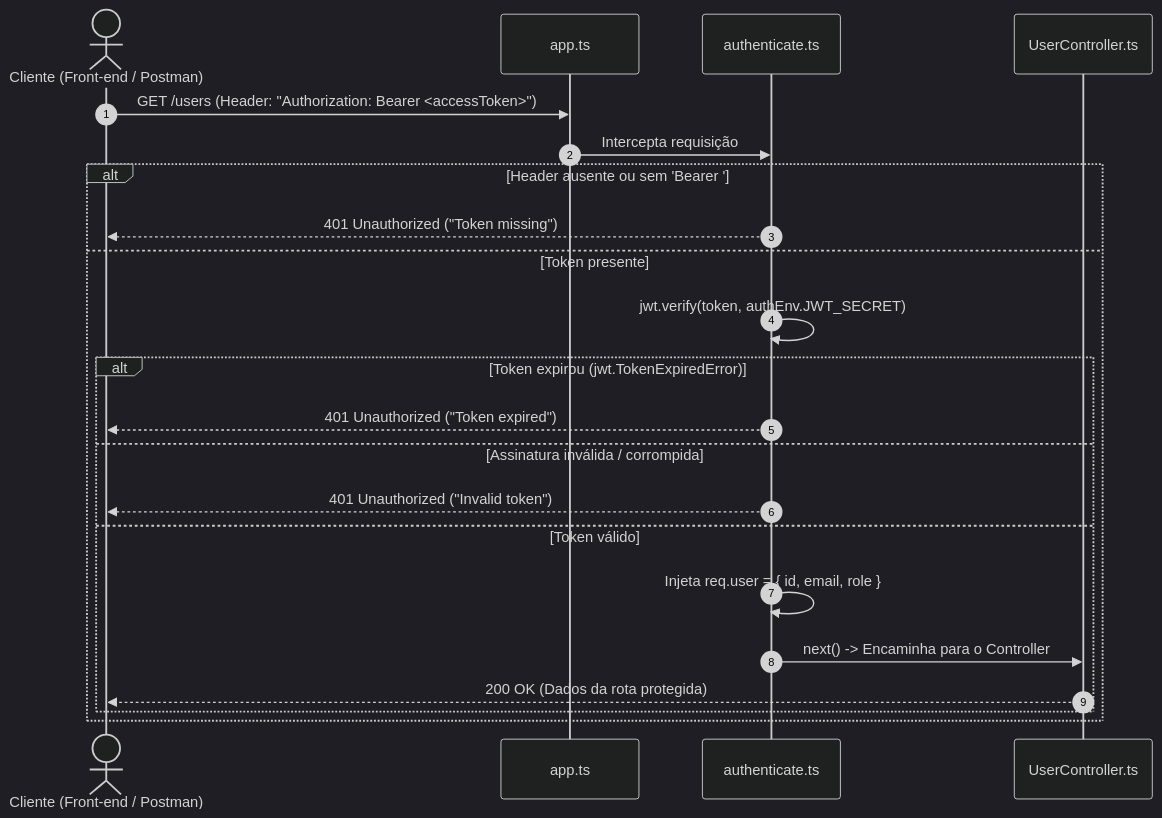
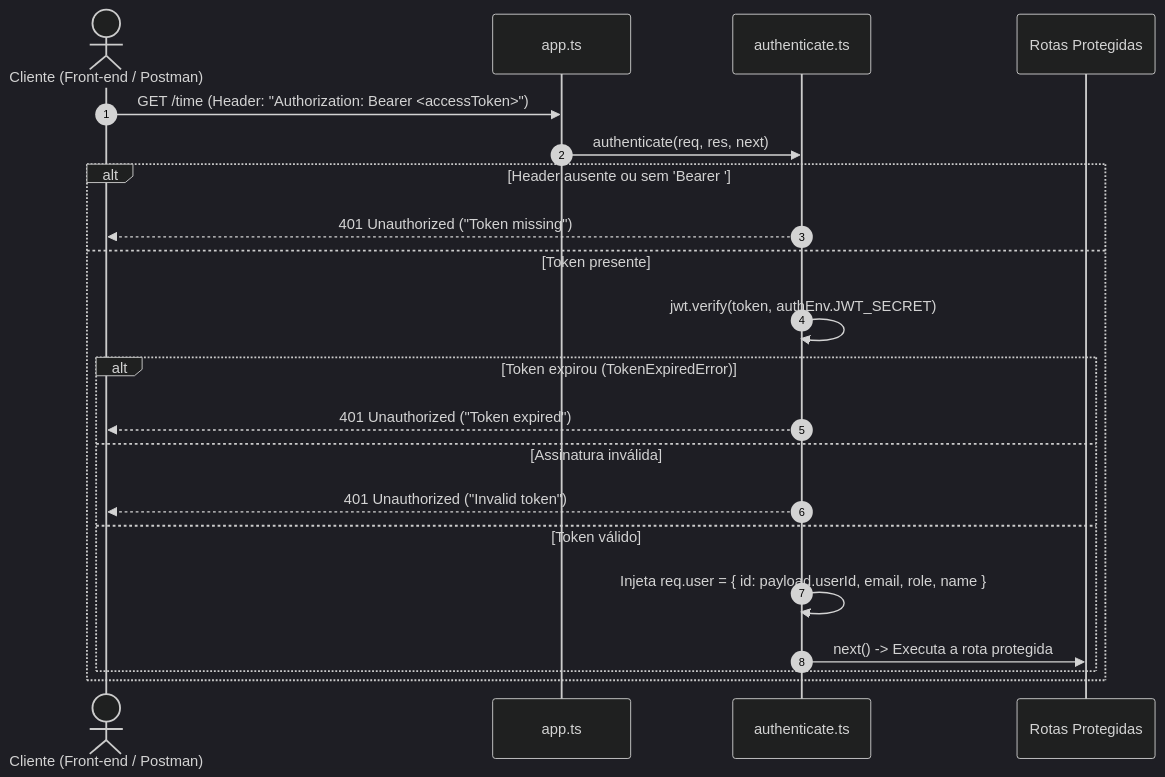
Before and after one commit to RafaelBarale/controle-horas-backend-ts: the second of 4 diagrams in docs/fluxo_autenticacao.md, drawn with Mermaid (dark theme). The commit also changed other lines of this file and 9 other files, not shown here.

````diff
--- a/docs/fluxo_autenticacao.md
+++ b/docs/fluxo_autenticacao.md
@@ -81,26 +84,25 @@
 ```mermaid
 sequenceDiagram
     autonumber
     actor Cliente as Cliente (Front-end / Postman)
     participant App as app.ts
     participant AuthMW as authenticate.ts
-    participant Controller as UserController.ts
+    participant Route as Rotas Protegidas
 
-    Cliente->>App: GET /users (Header: "Authorization: Bearer <accessToken>")
-    App->>AuthMW: Intercepta requisição
+    Cliente->>App: GET /time (Header: "Authorization: Bearer <accessToken>")
+    App->>AuthMW: authenticate(req, res, next)
 
     alt Header ausente ou sem 'Bearer '
         AuthMW-->>Cliente: 401 Unauthorized ("Token missing")
     else Token presente
         AuthMW->>AuthMW: jwt.verify(token, authEnv.JWT_SECRET)
-        alt Token expirou (jwt.TokenExpiredError)
+        alt Token expirou (TokenExpiredError)
             AuthMW-->>Cliente: 401 Unauthorized ("Token expired")
-        else Assinatura inválida / corrompida
+        else Assinatura inválida
             AuthMW-->>Cliente: 401 Unauthorized ("Invalid token")
         else Token válido
-            AuthMW->>AuthMW: Injeta req.user = { id, email, role }
-            AuthMW->>Controller: next() -> Encaminha para o Controller
-            Controller-->>Cliente: 200 OK (Dados da rota protegida)
+            AuthMW->>AuthMW: Injeta req.user = { id: payload.userId, email, role, name }
+            AuthMW->>Route: next() -> Executa a rota protegida
         end
     end
 ```
````
